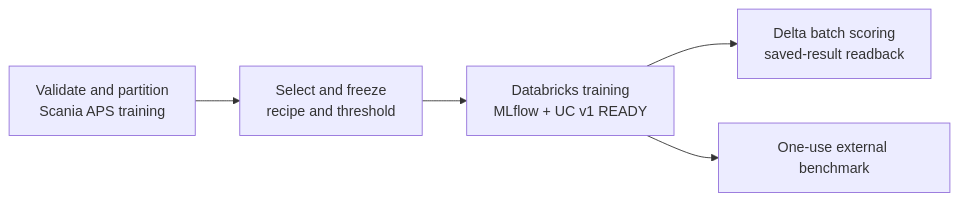
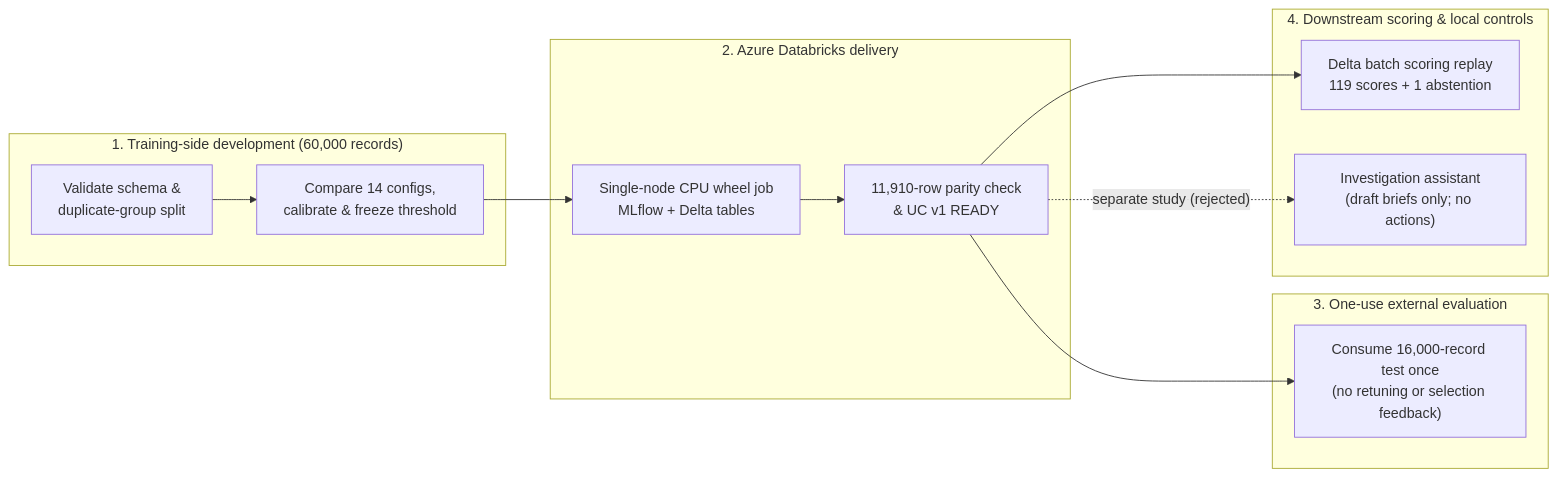
Before and after one commit to stefan-mcf/databricks-fleet-fault-triage: the diagram in README.md, drawn with Mermaid. The commit also changed other lines of this file and 6 other files, not shown here.

````diff
--- a/README.md
+++ b/README.md
@@ -42,7 +29,20 @@
 ```mermaid
 flowchart LR
-    A["Validate and partition<br/>Scania APS training"] --> B["Select and freeze<br/>recipe and threshold"]
-    B --> C["Databricks training<br/>MLflow + UC v1 READY"]
-    C --> D["Delta batch scoring<br/>saved-result readback"]
-    C --> T["One-use external benchmark"]
+    subgraph DEV["1. Training-side development (60,000 records)"]
+        A["Validate schema &<br/>duplicate-group split"] --> B["Compare 14 configs,<br/>calibrate & freeze threshold"]
+    end
+
+    subgraph CLOUD["2. Azure Databricks delivery"]
+        B --> C["Single-node CPU wheel job<br/>MLflow + Delta tables"]
+        C --> D["11,910-row parity check<br/>& UC v1 READY"]
+    end
+
+    subgraph EVAL["3. One-use external evaluation"]
+        D --> E["Consume 16,000-record test once<br/>(no retuning or selection feedback)"]
+    end
+
+    subgraph DOWN["4. Downstream scoring & local controls"]
+        D --> F["Delta batch scoring replay<br/>119 scores + 1 abstention"]
+        D -. "separate study (rejected)" .-> G["Investigation assistant<br/>(draft briefs only; no actions)"]
+    end
 ```
````
